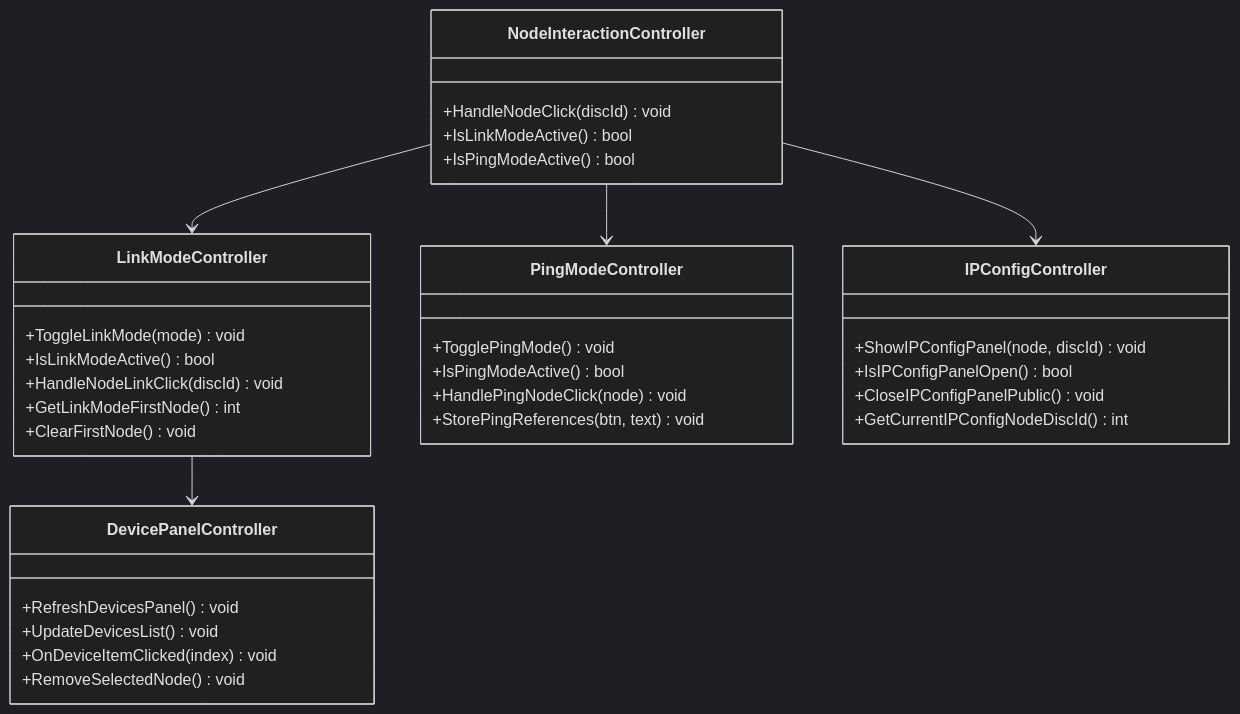
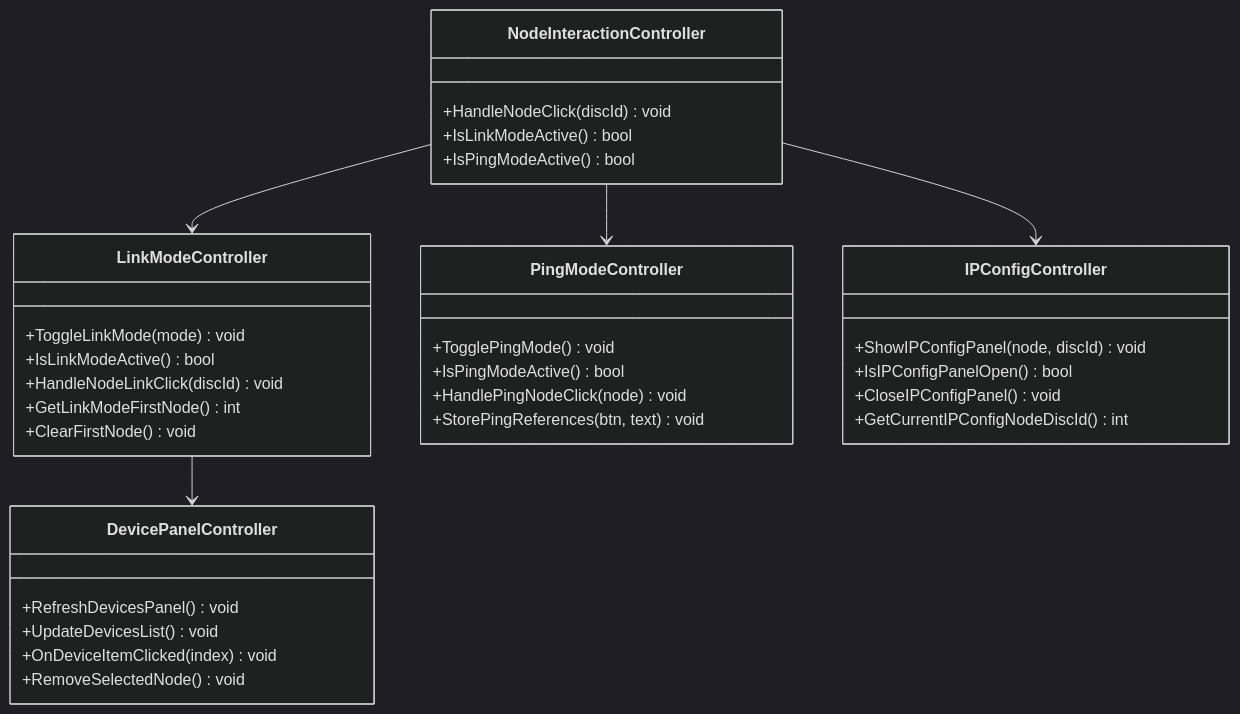
The second of 4 diagrams in docs/diagrams/mermaid/05-class-ui.md (Josmarinr/ProyectoGI_SimuladorRedesIDEUM), drawn with Mermaid (dark theme) before and after one commit. The commit also changed other lines of this file and 28 other files, not shown here.

````diff
--- a/docs/diagrams/mermaid/05-class-ui.md
+++ b/docs/diagrams/mermaid/05-class-ui.md
@@ -63,42 +63,42 @@
 ```mermaid
 classDiagram
     class LinkModeController {
         +ToggleLinkMode(mode) void
         +IsLinkModeActive() bool
         +HandleNodeLinkClick(discId) void
         +GetLinkModeFirstNode() int
         +ClearFirstNode() void
     }
 
     class PingModeController {
         +TogglePingMode() void
         +IsPingModeActive() bool
         +HandlePingNodeClick(node) void
         +StorePingReferences(btn, text) void
     }
 
     class IPConfigController {
         +ShowIPConfigPanel(node, discId) void
         +IsIPConfigPanelOpen() bool
-        +CloseIPConfigPanelPublic() void
+        +CloseIPConfigPanel() void
         +GetCurrentIPConfigNodeDiscId() int
     }
 
     class DevicePanelController {
         +RefreshDevicesPanel() void
         +UpdateDevicesList() void
         +OnDeviceItemClicked(index) void
         +RemoveSelectedNode() void
     }
 
     class NodeInteractionController {
         +HandleNodeClick(discId) void
         +IsLinkModeActive() bool
         +IsPingModeActive() bool
     }
 
     LinkModeController --> DevicePanelController
     NodeInteractionController --> LinkModeController
     NodeInteractionController --> PingModeController
     NodeInteractionController --> IPConfigController
 ```
````
